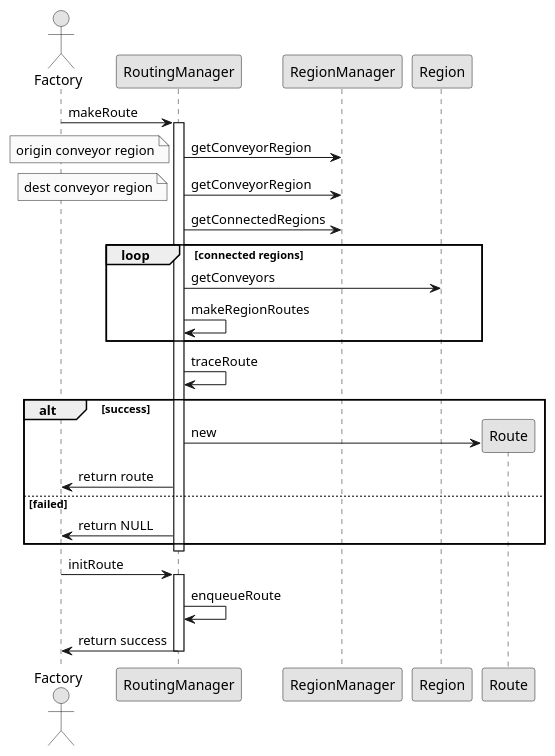
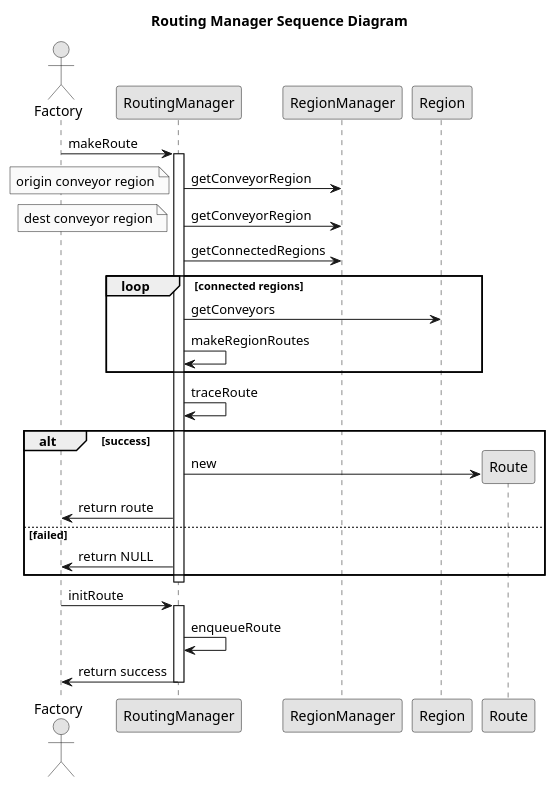
One commit to avrocha/plant-floor-control changed the diagram in docs/sequence_uml/routing_manager.puml. Above: the diagram before and after it, drawn with PlantUML. The commit also changed 35 other files, not shown here.

Commit message:
UML: Added titles, organized images and created generation script

```diff
--- a/docs/sequence_uml/routing_manager.puml
+++ b/docs/sequence_uml/routing_manager.puml
@@ -1,42 +1,44 @@
 @startuml
 skinparam linetype ortho
 skinparam Monochrome true
 skinparam classAttributeIconSize 0
+
+title Routing Manager Sequence Diagram
 
 actor Factory as Factory
 
 Factory -> RoutingManager: makeRoute
 activate RoutingManager
 
 RoutingManager -> RegionManager: getConveyorRegion
 note left: origin conveyor region
 
 RoutingManager -> RegionManager: getConveyorRegion
 note left: dest conveyor region
 
 RoutingManager -> RegionManager: getConnectedRegions
 
 loop connected regions
     RoutingManager -> Region: getConveyors
     RoutingManager -> RoutingManager: makeRegionRoutes
 end
 
 RoutingManager -> RoutingManager: traceRoute
 
 alt success
     create Route
     RoutingManager -> Route: new
     RoutingManager -> Factory: return route
 else failed
     RoutingManager -> Factory: return NULL
 end
 
 
 deactivate RoutingManager
 
 Factory -> RoutingManager: initRoute
 activate RoutingManager
 RoutingManager -> RoutingManager: enqueueRoute
 RoutingManager -> Factory: return success
 deactivate RoutingManager
 @enduml
```
